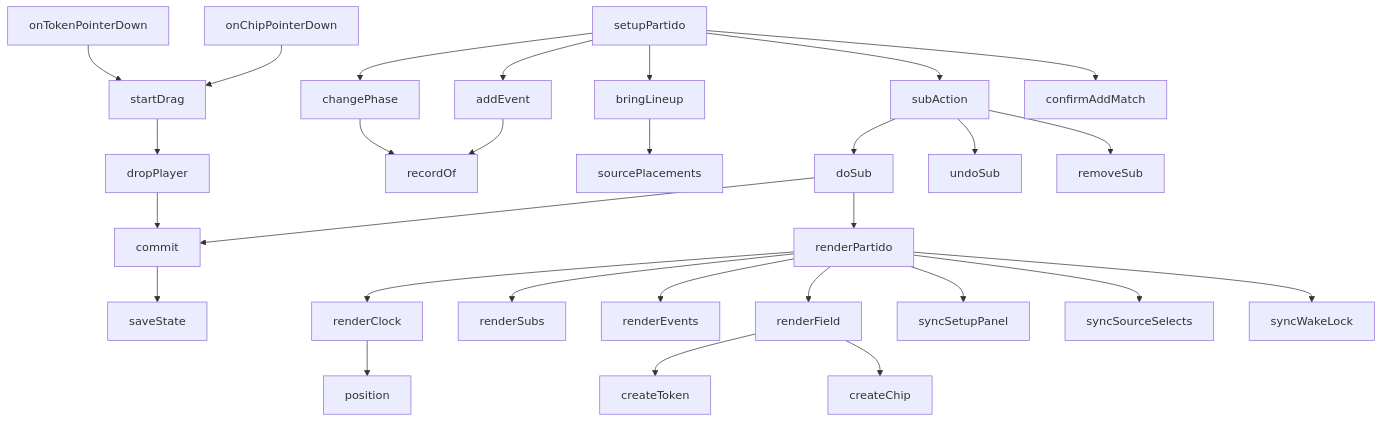
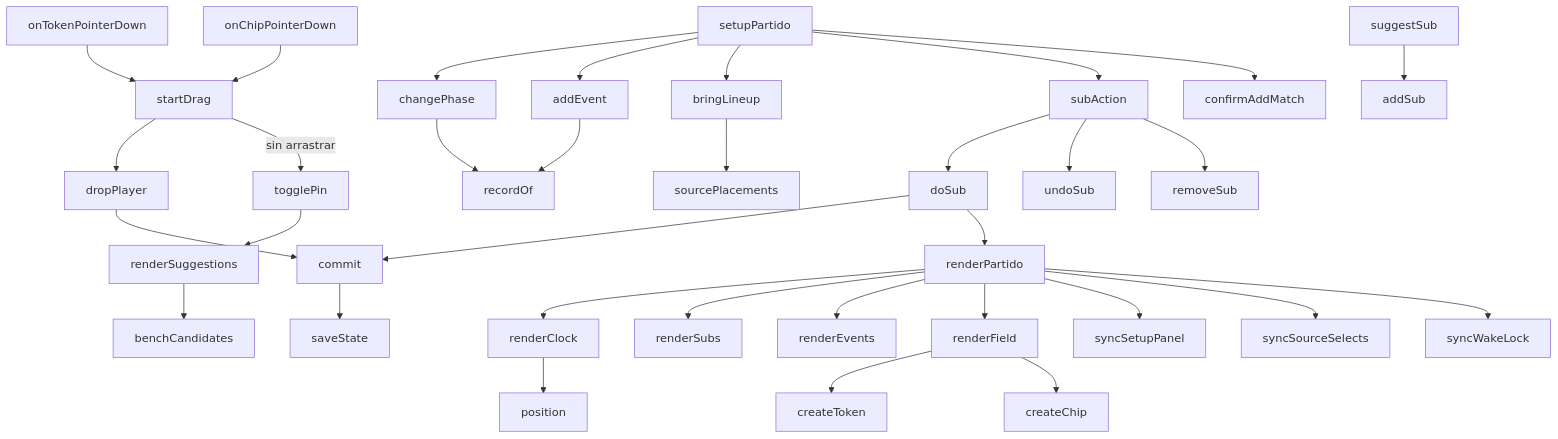
Before and after one commit to Lechuza22/DtCommander: the diagram in codemap/js/partido.md, drawn with Mermaid. The commit also changed other lines of this file, not shown here.

````diff
--- a/codemap/js/partido.md
+++ b/codemap/js/partido.md
@@ -61,29 +61,32 @@
 ```mermaid
 flowchart TD
     setupPartido --> changePhase
     setupPartido --> addEvent
     setupPartido --> bringLineup --> sourcePlacements
     setupPartido --> subAction --> doSub
     subAction --> undoSub
     subAction --> removeSub
     setupPartido --> confirmAddMatch
 
     onTokenPointerDown --> startDrag --> dropPlayer
+    startDrag -->|"sin arrastrar"| togglePin --> renderSuggestions
     onChipPointerDown --> startDrag
     dropPlayer --> commit
+    renderSuggestions --> benchCandidates
+    suggestSub --> addSub
 
     changePhase --> recordOf
     addEvent --> recordOf
     doSub --> commit --> saveState
     doSub --> renderPartido
 
     renderPartido --> renderClock
     renderPartido --> renderSubs
     renderPartido --> renderEvents
     renderPartido --> renderField --> createToken
     renderField --> createChip
     renderPartido --> syncSetupPanel
     renderPartido --> syncSourceSelects
     renderPartido --> syncWakeLock
     renderClock --> position
 ```
````
